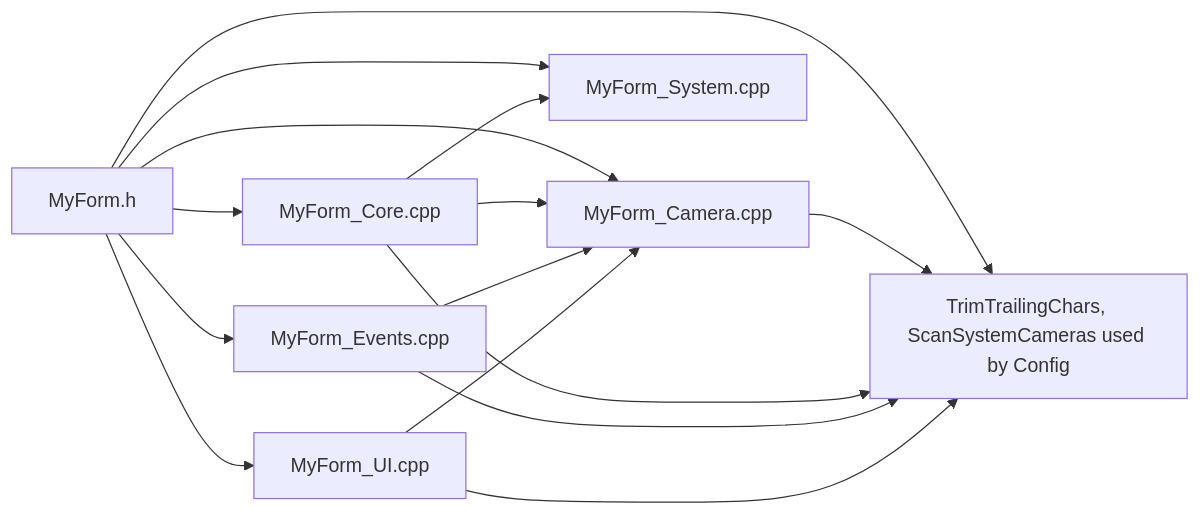
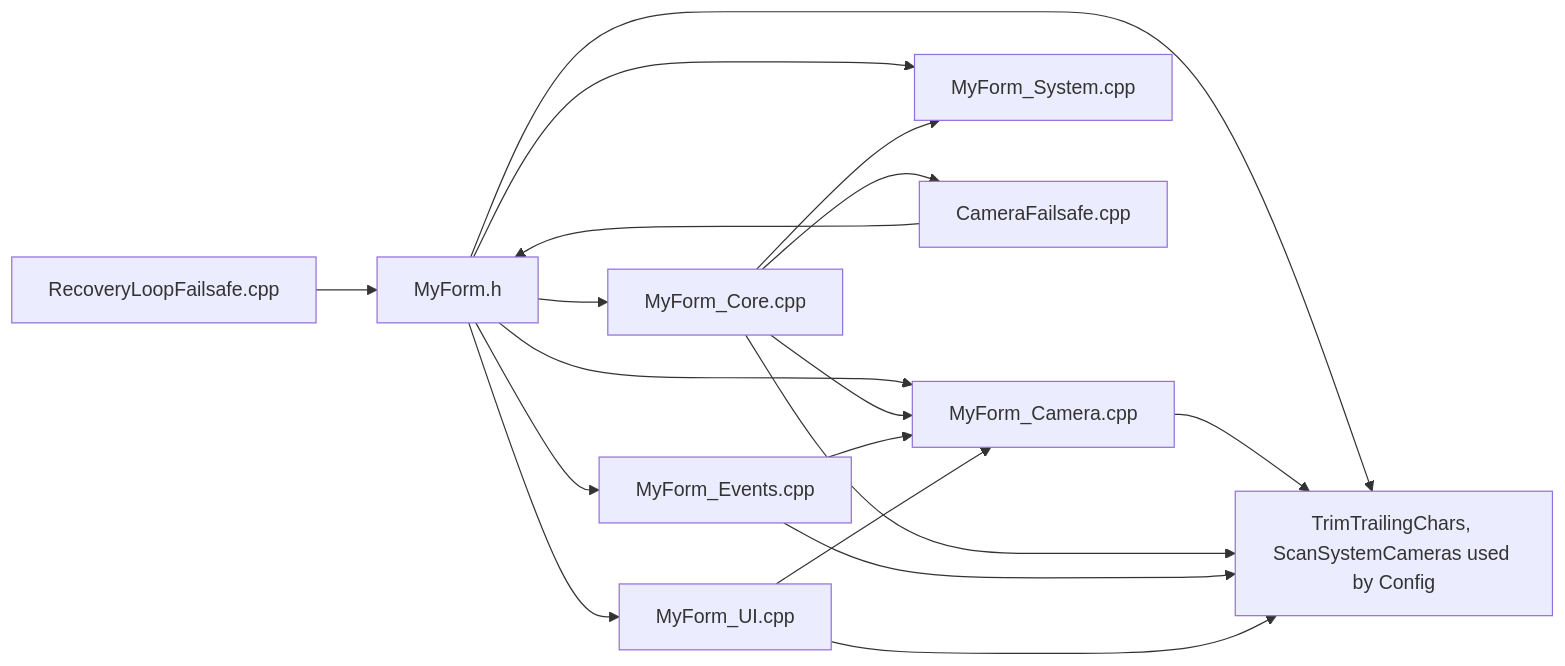
Before and after one commit to Shivu516/Windows-Hello-Fix: the third of 4 diagrams in docs/ARCHITECTURE.md, drawn with Mermaid. The commit also changed other lines of this file and 15 other files, not shown here.

````diff
--- a/docs/ARCHITECTURE.md
+++ b/docs/ARCHITECTURE.md
@@ -94,17 +113,20 @@
 ```mermaid
 flowchart LR
     MFH[MyForm.h] --> CAM[MyForm_Camera.cpp]
     MFH --> CFG[MyForm_Config.cpp]
     MFH --> CORE[MyForm_Core.cpp]
     MFH --> EVT[MyForm_Events.cpp]
     MFH --> SYS[MyForm_System.cpp]
     MFH --> UI[MyForm_UI.cpp]
     CAM --> CFG[TrimTrailingChars, ScanSystemCameras used by Config]
     CORE --> CAM
     CORE --> CFG
     CORE --> SYS
     EVT --> CAM
     EVT --> CFG
     UI --> CAM
     UI --> CFG
+    WD1[CameraFailsafe.cpp] --> MFH
+    WD2[RecoveryLoopFailsafe.cpp] --> MFH
+    CORE --> WD1
 ```
````
